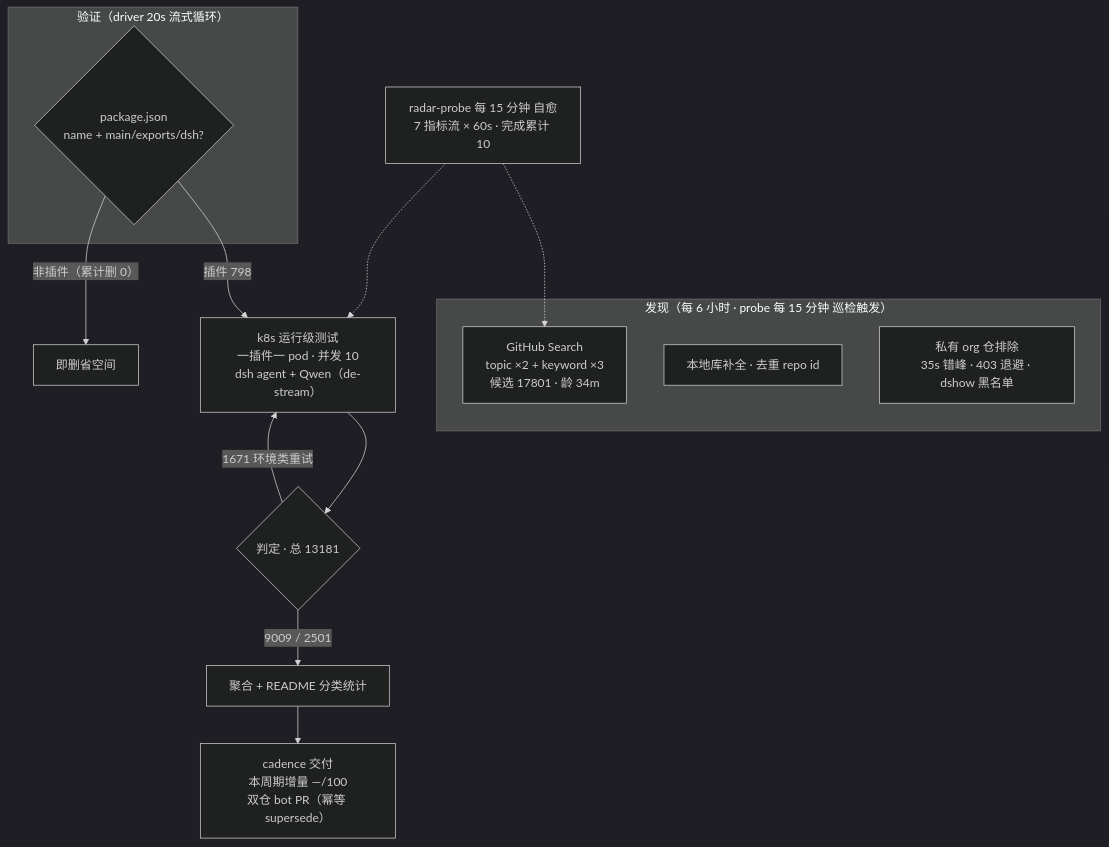
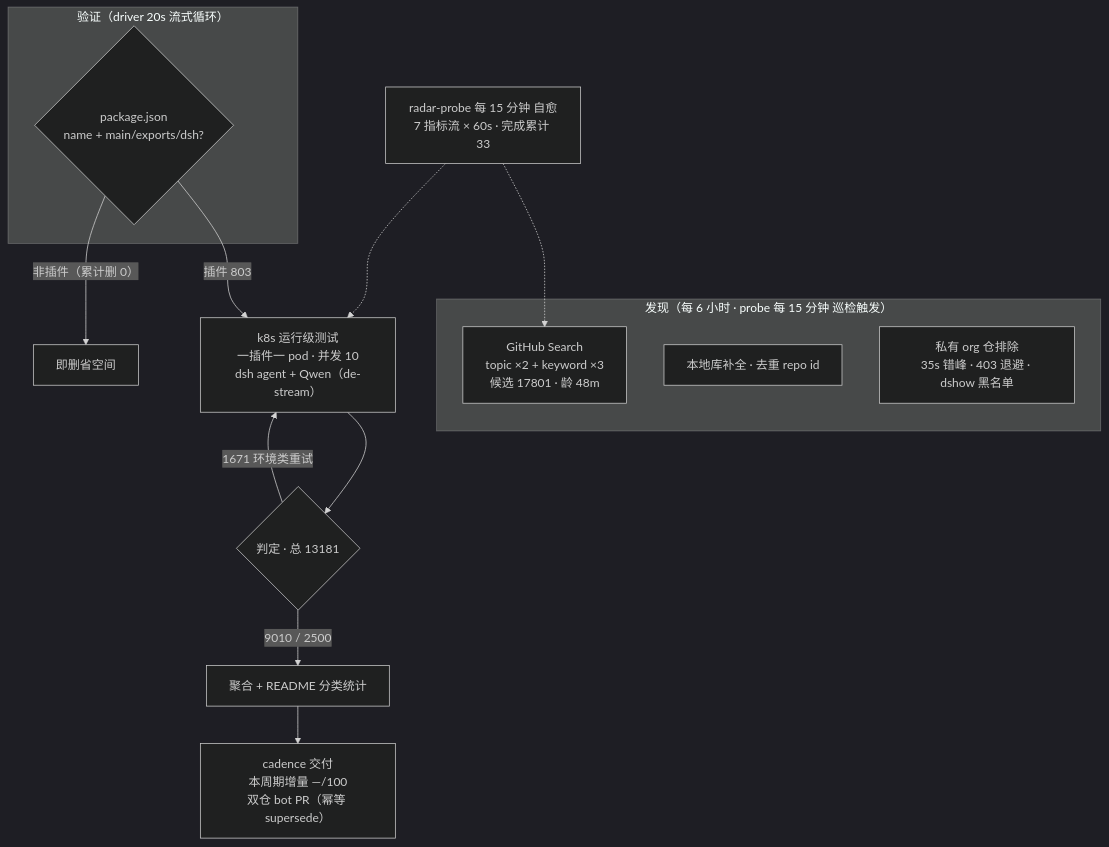
One commit to AdamPlatin123/awesome-dsh-plugins changed the diagram in README.md. Above: the diagram before and after it, drawn with Mermaid (dark theme). The commit also changed other lines of this file and 5 other files, not shown here.

````diff
--- a/README.md
+++ b/README.md
@@ -52,20 +52,20 @@
 ```mermaid
 flowchart TB
     subgraph Discovery["发现（每 6 小时 · probe 每 15 分钟 巡检触发）"]
-        A1["GitHub Search<br/>topic ×2 + keyword ×3<br/>候选 17801 · 龄 34m"]
+        A1["GitHub Search<br/>topic ×2 + keyword ×3<br/>候选 17801 · 龄 48m"]
         A2["本地库补全 · 去重 repo id"]
         A3["私有 org 仓排除<br/>35s 错峰 · 403 退避 · dshow 黑名单"]
     end
     subgraph Validation["验证（driver 20s 流式循环）"]
         B1{"package.json<br/>name + main/exports/dsh?"}
     end
-    B1 -->|"插件 798"| C1["k8s 运行级测试<br/>一插件一 pod · 并发 10<br/>dsh agent + Qwen（de-stream）"]
+    B1 -->|"插件 803"| C1["k8s 运行级测试<br/>一插件一 pod · 并发 10<br/>dsh agent + Qwen（de-stream）"]
     B1 -->|"非插件（累计删 0）"| B3["即删省空间"]
     C1 --> D1{"判定 · 总 13181"}
-    D1 -->|"9009 / 2501"| E1["聚合 + README 分类统计"]
+    D1 -->|"9010 / 2500"| E1["聚合 + README 分类统计"]
     D1 -->|"1671 环境类重试"| C1
     E1 --> E2["cadence 交付<br/>本周期增量 —/100<br/>双仓 bot PR（幂等 supersede）"]
-    M["radar-probe 每 15 分钟 自愈<br/>7 指标流 × 60s · 完成累计 10"]
+    M["radar-probe 每 15 分钟 自愈<br/>7 指标流 × 60s · 完成累计 33"]
     M -.-> A1
     M -.-> C1
 ```
````
